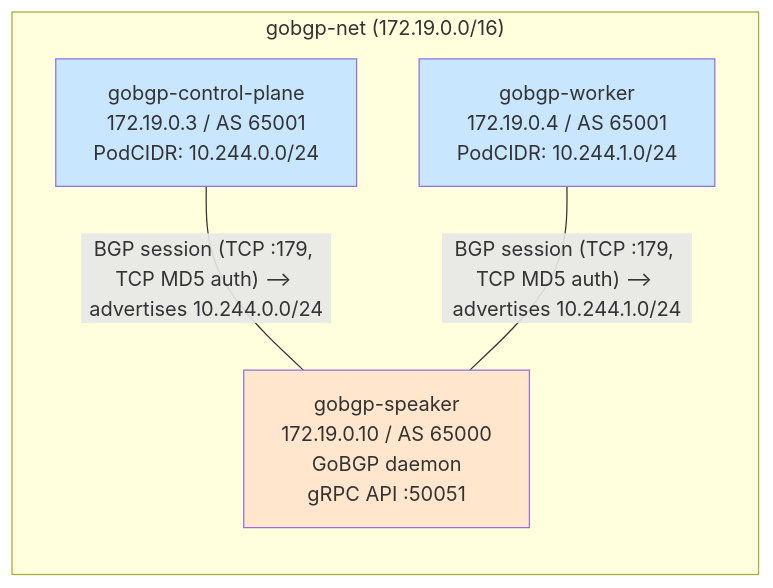
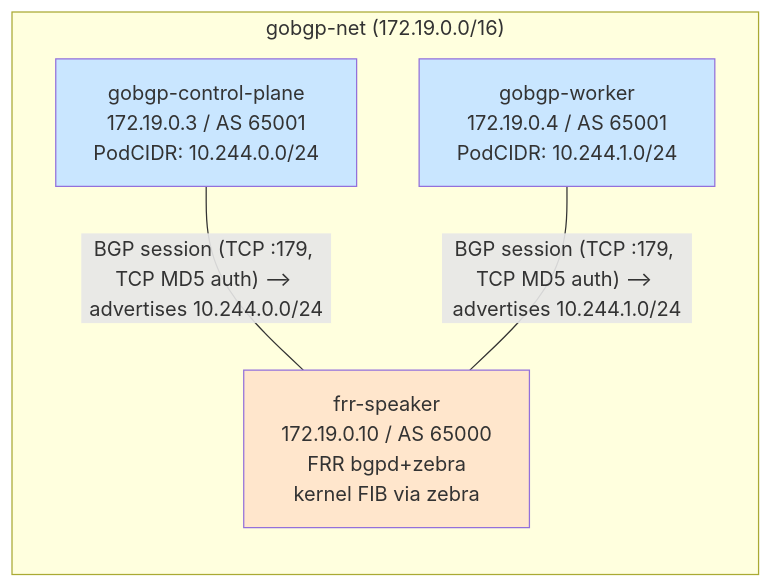
Before and after one commit to sarfarazahmad19/gobgp-cilium-test: the diagram in kind-cilium-overlay-l3-lb/README.md, drawn with Mermaid. The commit also changed other lines of this file and 8 other files, not shown here.

First line of the commit message:
Migrate from GoBGP to FRR speaker

````diff
--- a/kind-cilium-overlay-l3-lb/README.md
+++ b/kind-cilium-overlay-l3-lb/README.md
@@ -6,15 +6,15 @@
 ```mermaid
 flowchart LR
     subgraph bgp_net["gobgp-net (172.19.0.0/16)"]
         cp["gobgp-control-plane<br/>172.19.0.3 / AS 65001<br/>PodCIDR: 10.244.0.0/24"]
         wk["gobgp-worker<br/>172.19.0.4 / AS 65001<br/>PodCIDR: 10.244.1.0/24"]
-        sp["gobgp-speaker<br/>172.19.0.10 / AS 65000<br/>GoBGP daemon<br/>gRPC API :50051"]
+        sp["frr-speaker<br/>172.19.0.10 / AS 65000<br/>FRR bgpd+zebra<br/>kernel FIB via zebra"]
     end
 
     cp -- "BGP session (TCP :179, TCP MD5 auth) --> advertises 10.244.0.0/24" --- sp
     wk -- "BGP session (TCP :179, TCP MD5 auth) --> advertises 10.244.1.0/24" --- sp
 
     style cp fill:#c9e6ff
     style wk fill:#c9e6ff
     style sp fill:#ffe6cc
 ```
````
